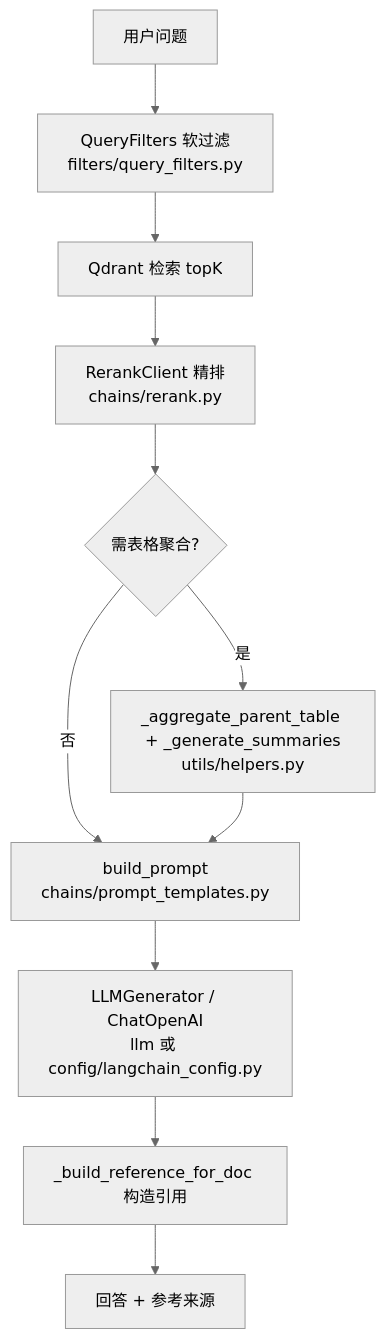
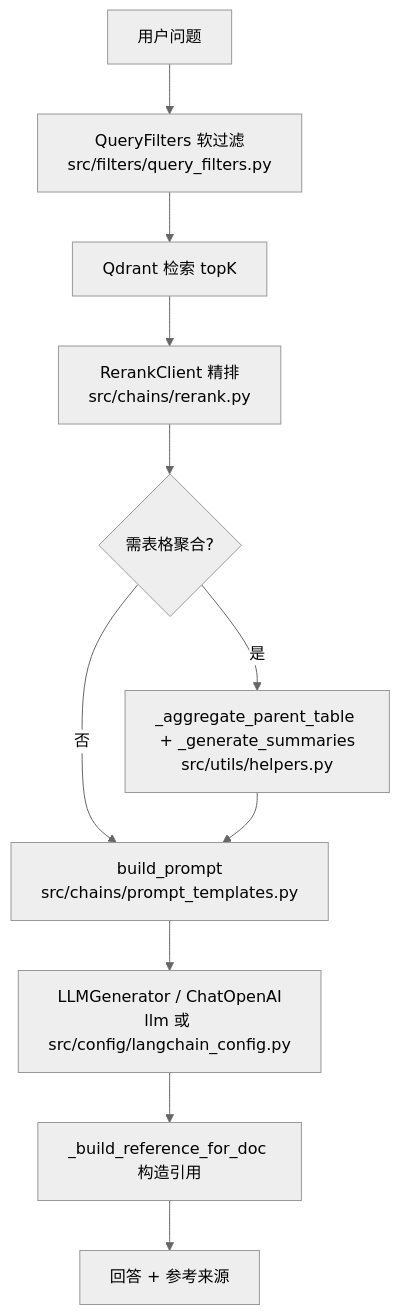
Before and after one commit to autumnieave/smart-financial-qa: the third of 4 diagrams in docs/ARCHITECTURE.md, drawn with Mermaid (neutral theme). The commit also changed other lines of this file and 7 other files, not shown here.

````diff
--- a/docs/ARCHITECTURE.md
+++ b/docs/ARCHITECTURE.md
@@ -95,13 +95,13 @@
 ```mermaid
 flowchart TD
-    Q["用户问题"] --> S["QueryFilters 软过滤<br/>filters/query_filters.py"]
+    Q["用户问题"] --> S["QueryFilters 软过滤<br/>src/filters/query_filters.py"]
     S --> R["Qdrant 检索 topK"]
-    R --> RR["RerankClient 精排<br/>chains/rerank.py"]
+    R --> RR["RerankClient 精排<br/>src/chains/rerank.py"]
     RR --> AGG{"需表格聚合?"}
-    AGG -- 是 --> AG["_aggregate_parent_table + _generate_summaries<br/>utils/helpers.py"]
-    AGG -- 否 --> P["build_prompt<br/>chains/prompt_templates.py"]
+    AGG -- 是 --> AG["_aggregate_parent_table + _generate_summaries<br/>src/utils/helpers.py"]
+    AGG -- 否 --> P["build_prompt<br/>src/chains/prompt_templates.py"]
     AG --> P
-    P --> L["LLMGenerator / ChatOpenAI<br/>llm 或 config/langchain_config.py"]
+    P --> L["LLMGenerator / ChatOpenAI<br/>llm 或 src/config/langchain_config.py"]
     L --> REF["_build_reference_for_doc 构造引用"]
     REF --> OUT["回答 + 参考来源"]
 ```
````
